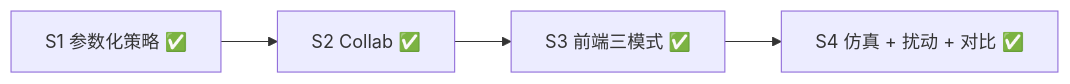
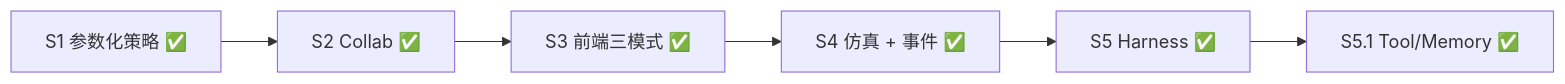
Before and after one commit to earlymessi/metaforge_agent: the tenth of 10 diagrams in README.md, drawn with Mermaid. The commit also changed other lines of this file and 4649 other files, not shown here.

````diff
--- a/README.md
+++ b/README.md
@@ -217,6 +436,8 @@
 ```mermaid
 flowchart LR
     S1[S1 参数化策略 ✅] --> S2[S2 Collab ✅]
     S2 --> S3[S3 前端三模式 ✅]
-    S3 --> S4[S4 仿真 + 扰动 + 对比 ✅]
+    S3 --> S4[S4 仿真 + 事件 ✅]
+    S4 --> S5[S5 Harness ✅]
+    S5 --> S51[S5.1 Tool/Memory ✅]
 ```
````
